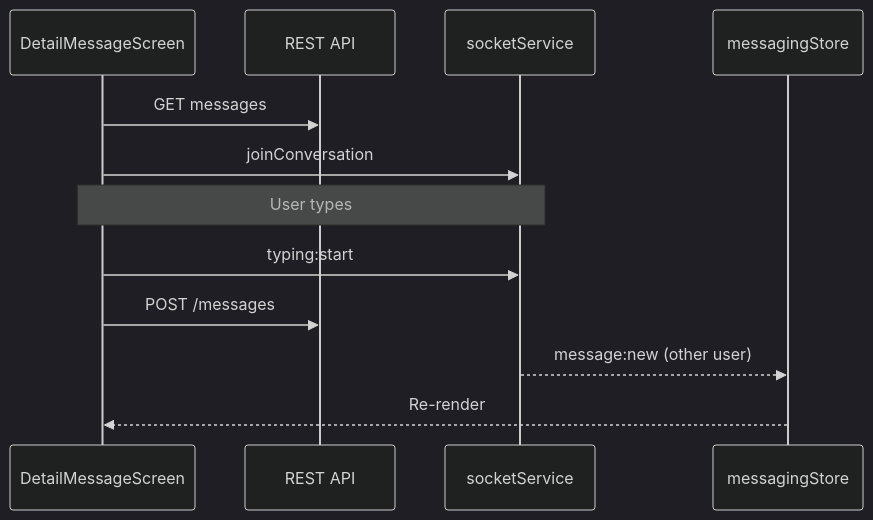
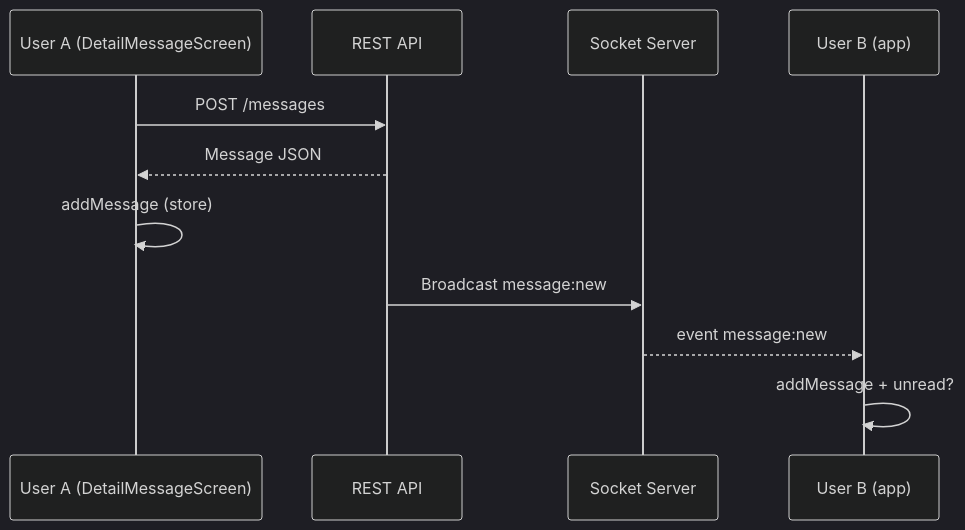
One commit to JonasAugust12/Soundspal-Mobile changed the diagram in docs/features/messaging.md. Above: the diagram before and after it, drawn with Mermaid (dark theme). The commit also changed other lines of this file and 1 other file, not shown here.

Commit message:
docs: expand messaging and socket documentation

````diff
--- a/docs/features/messaging.md
+++ b/docs/features/messaging.md
@@ -187,15 +481,15 @@
 ```mermaid
 sequenceDiagram
-    participant S as DetailMessageScreen
+    participant A as User A (DetailMessageScreen)
     participant API as REST API
-    participant Sock as socketService
-    participant Store as messagingStore
+    participant S as Socket Server
+    participant B as User B (app)
 
-    S->>API: GET messages
-    S->>Sock: joinConversation
-    Note over S,Sock: User types
-    S->>Sock: typing:start
-    S->>API: POST /messages
-    Sock-->>Store: message:new (other user)
-    Store-->>S: Re-render
+    A->>API: POST /messages
+    API-->>A: Message JSON
+    A->>A: addMessage (store)
+
+    API->>S: Broadcast message:new
+    S-->>B: event message:new
+    B->>B: addMessage + unread?
 ```
````
